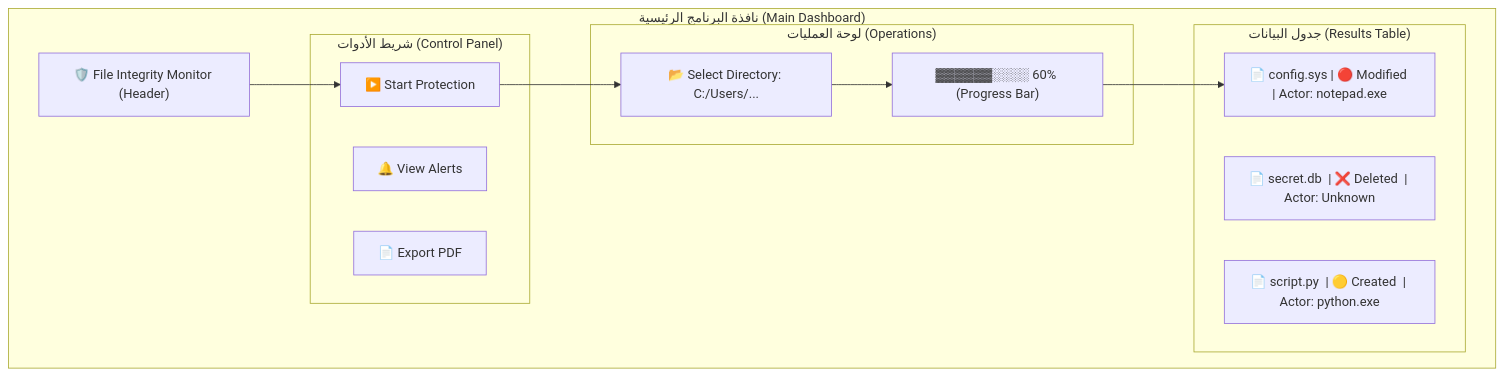
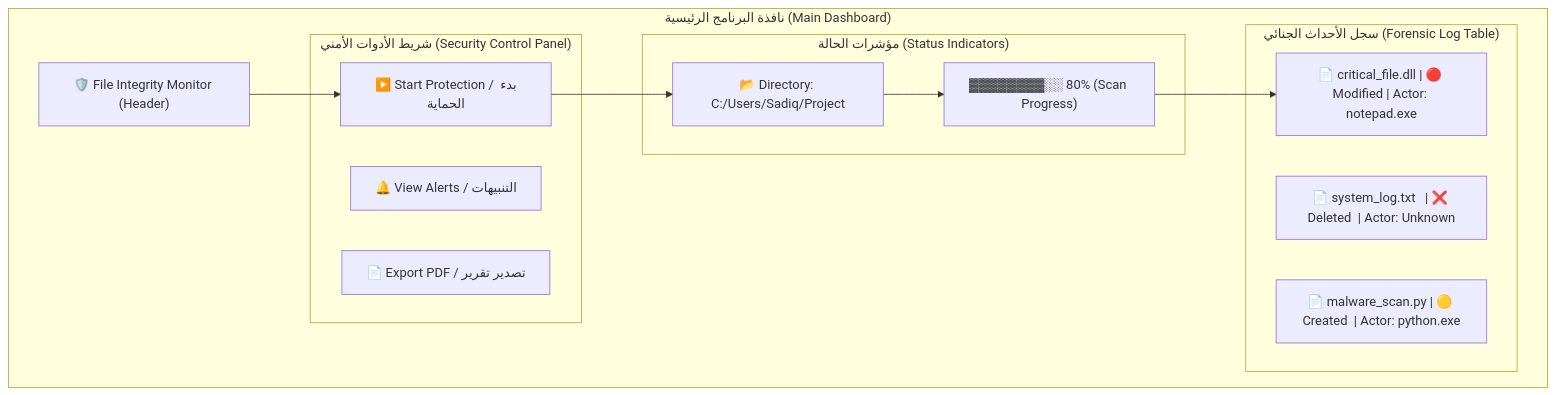
One commit to Eng-sadiq-CYS-su/File_Integrity_Monitor changed the second of 2 diagrams in README.md. Above: the diagram before and after it, drawn with Mermaid. The commit also changed other lines of this file, not shown here.

````diff
--- a/README.md
+++ b/README.md
@@ -66,28 +68,28 @@
 ```mermaid
 graph TD
     subgraph "نافذة البرنامج الرئيسية (Main Dashboard)"
         Header["🛡️ File Integrity Monitor (Header)"]
         
-        subgraph "شريط الأدوات (Control Panel)"
-            Btn1["▶️ Start Protection"]
-            Btn2["🔔 View Alerts"]
-            Btn3["📄 Export PDF"]
+        subgraph "شريط الأدوات الأمني (Security Control Panel)"
+            Btn1["▶️ Start Protection / بدء الحماية"]
+            Btn2["🔔 View Alerts / التنبيهات"]
+            Btn3["📄 Export PDF / تصدير تقرير"]
         end
 
-        subgraph "لوحة العمليات (Operations)"
-            Folder["📂 Select Directory: C:/Users/..."]
-            Progress["▓▓▓▓▓▓░░░░ 60% (Progress Bar)"]
+        subgraph "مؤشرات الحالة (Status Indicators)"
+            Folder["📂 Directory: C:/Users/Sadiq/Project"]
+            Progress["▓▓▓▓▓▓▓▓░░ 80% (Scan Progress)"]
         end
 
-        subgraph "جدول البيانات (Results Table)"
-            Row1["📄 config.sys | 🔴 Modified | Actor: notepad.exe"]
-            Row2["📄 secret.db  | ❌ Deleted  | Actor: Unknown"]
-            Row3["📄 script.py  | 🟡 Created  | Actor: python.exe"]
+        subgraph "سجل الأحداث الجنائي (Forensic Log Table)"
+            Row1["📄 critical_file.dll | 🔴 Modified | Actor: notepad.exe"]
+            Row2["📄 system_log.txt   | ❌ Deleted  | Actor: Unknown"]
+            Row3["📄 malware_scan.py | 🟡 Created  | Actor: python.exe"]
         end
         
         Header --> Btn1
         Btn1 --> Folder
         Folder --> Progress
         Progress --> Row1
     end
 ```
````
